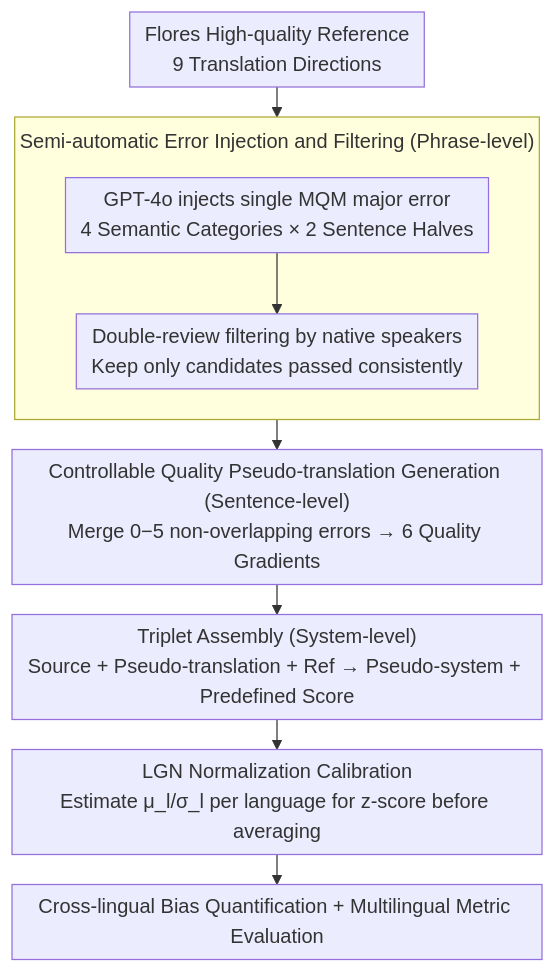
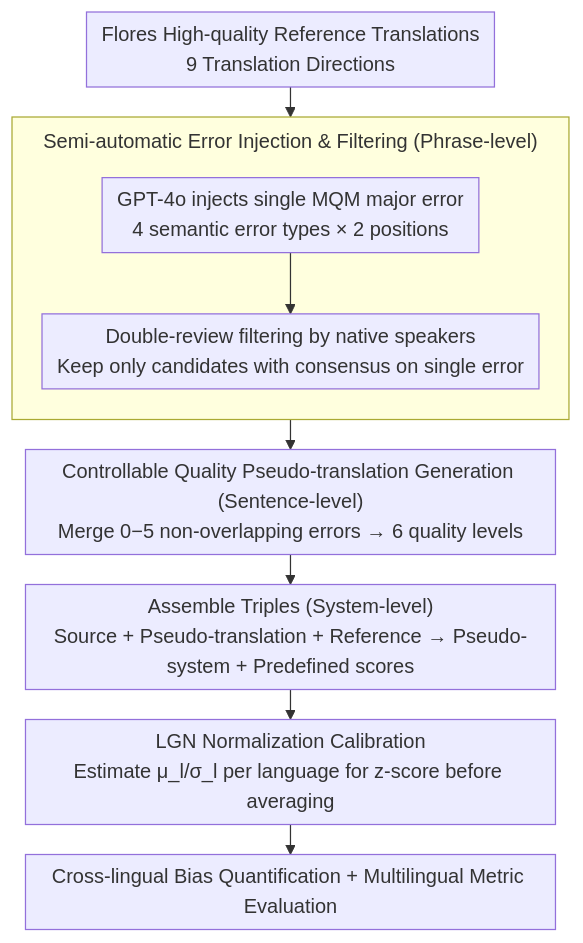
One commit to zhaoyang97/Paper-Notes-en changed the diagram in docs/ACL2026/multilingual_mt/xq-meval_a_dataset_with_cross-lingual_parallel_quality_for_benchmarking_translat.md. Above: the diagram before and after it, drawn with Mermaid. The commit also changed other lines of this file and 5084 other files, not shown here.

````diff
--- a/docs/ACL2026/multilingual_mt/xq-meval_a_dataset_with_cross-lingual_parallel_quality_for_benchmarking_translat.md
+++ b/docs/ACL2026/multilingual_mt/xq-meval_a_dataset_with_cross-lingual_parallel_quality_for_benchmarking_translat.md
@@ -42,13 +42,13 @@
 ```mermaid
 %%{init: {'flowchart': {'rankSpacing': 24, 'nodeSpacing': 28, 'padding': 6, 'wrappingWidth': 400, 'subGraphTitleMargin': {'top': 8, 'bottom': 16}}}}%%
 flowchart TD
-    A["Flores High-quality Reference<br/>9 Translation Directions"] --> B
-    subgraph S1["Semi-automatic Error Injection and Filtering (Phrase-level)"]
+    A["Flores High-quality Reference Translations<br/>9 Translation Directions"] --> B
+    subgraph S1["Semi-automatic Error Injection & Filtering (Phrase-level)"]
         direction TB
-        B["GPT-4o injects single MQM major error<br/>4 Semantic Categories × 2 Sentence Halves"] --> C["Double-review filtering by native speakers<br/>Keep only candidates passed consistently"]
+        B["GPT-4o injects single MQM major error<br/>4 semantic error types × 2 positions"] --> C["Double-review filtering by native speakers<br/>Keep only candidates with consensus on single error"]
     end
-    C --> D["Controllable Quality Pseudo-translation Generation (Sentence-level)<br/>Merge 0−5 non-overlapping errors → 6 Quality Gradients"]
-    D --> E["Triplet Assembly (System-level)<br/>Source + Pseudo-translation + Ref → Pseudo-system + Predefined Score"]
+    C --> D["Controllable Quality Pseudo-translation Generation (Sentence-level)<br/>Merge 0−5 non-overlapping errors → 6 quality levels"]
+    D --> E["Assemble Triples (System-level)<br/>Source + Pseudo-translation + Reference → Pseudo-system + Predefined scores"]
     E --> F["LGN Normalization Calibration<br/>Estimate μ_l/σ_l per language for z-score before averaging"]
     F --> G["Cross-lingual Bias Quantification + Multilingual Metric Evaluation"]
 ```
````
